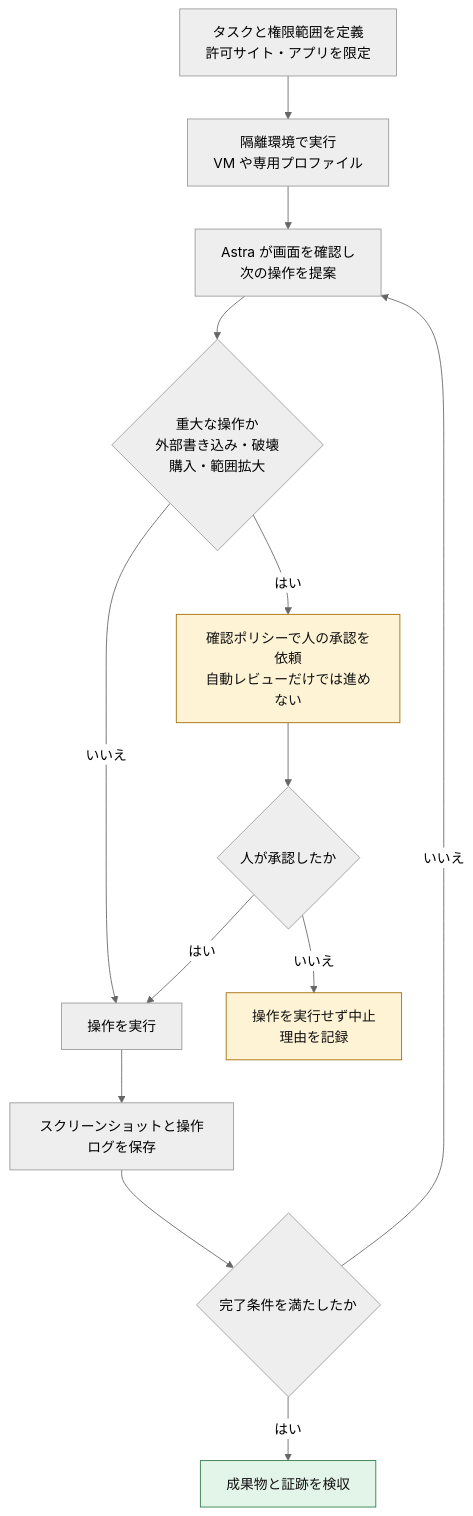
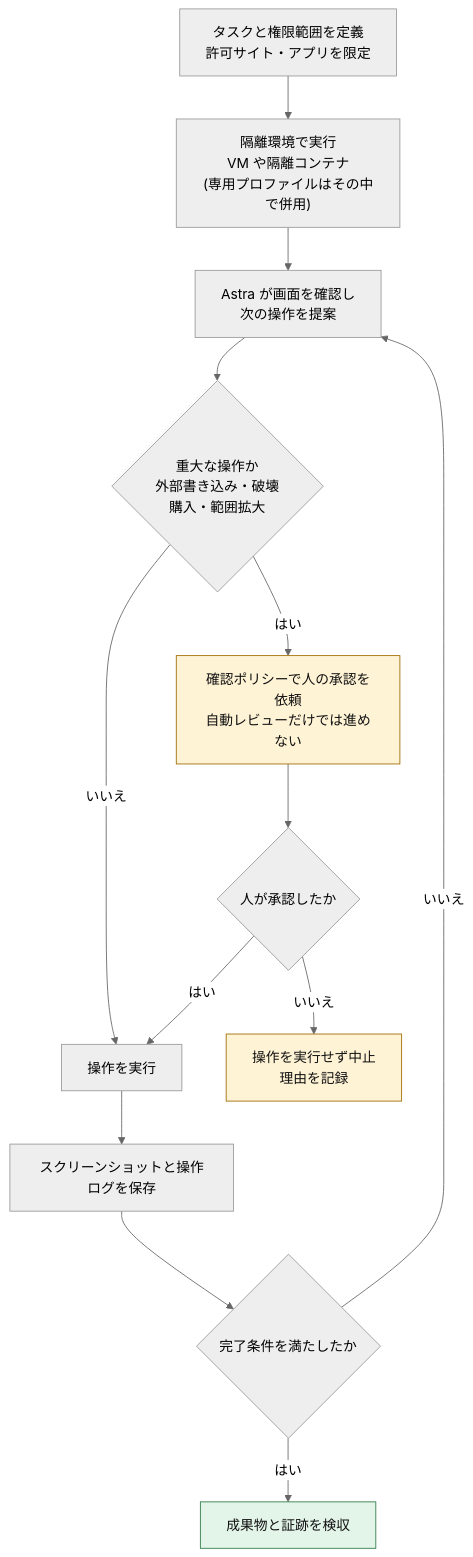
The ninth of 12 diagrams in Openai-gpt-6-astra-best-practices-guide.md (myoshi2891/Comparison-of-LLMs), drawn with Mermaid (neutral theme) before and after one commit. The commit also changed other lines of this file and 1 other file, not shown here.

Commit message:
docs(openai): distinguish Cloud vs Remote execution in Codex guide, and refine mid-turn steering flowchart and cache breakpoint conditions in Astra guide

````diff
--- a/Openai-gpt-6-astra-best-practices-guide.md
+++ b/Openai-gpt-6-astra-best-practices-guide.md
@@ -616,19 +616,19 @@
 ```mermaid
 flowchart TB
-  A["タスクと権限範囲を定義<br/>許可サイト・アプリを限定"] --> B["隔離環境で実行<br/>VM や専用プロファイル"]
+  A["タスクと権限範囲を定義<br/>許可サイト・アプリを限定"] --> B["隔離環境で実行<br/>VM や隔離コンテナ<br/>(専用プロファイルはその中で併用)"]
   B --> C["Astra が画面を確認し<br/>次の操作を提案"]
   C --> D{"重大な操作か<br/>外部書き込み・破壊<br/>購入・範囲拡大"}
   D -- "はい" --> E["確認ポリシーで人の承認を依頼<br/>自動レビューだけでは進めない"]
   D -- "いいえ" --> F["操作を実行"]
   E --> K{"人が承認したか"}
   K -- "はい" --> F
   K -- "いいえ" --> L["操作を実行せず中止<br/>理由を記録"]
   F --> G["スクリーンショットと操作ログを保存"]
   G --> H{"完了条件を満たしたか"}
   H -- "いいえ" --> C
   H -- "はい" --> I["成果物と証跡を検収"]
   classDef warn fill:#fff3d6,stroke:#a06a00,color:#111
   classDef ok fill:#e3f4e8,stroke:#2d7a46,color:#111
   class E,L warn
   class I ok
 ```
````
